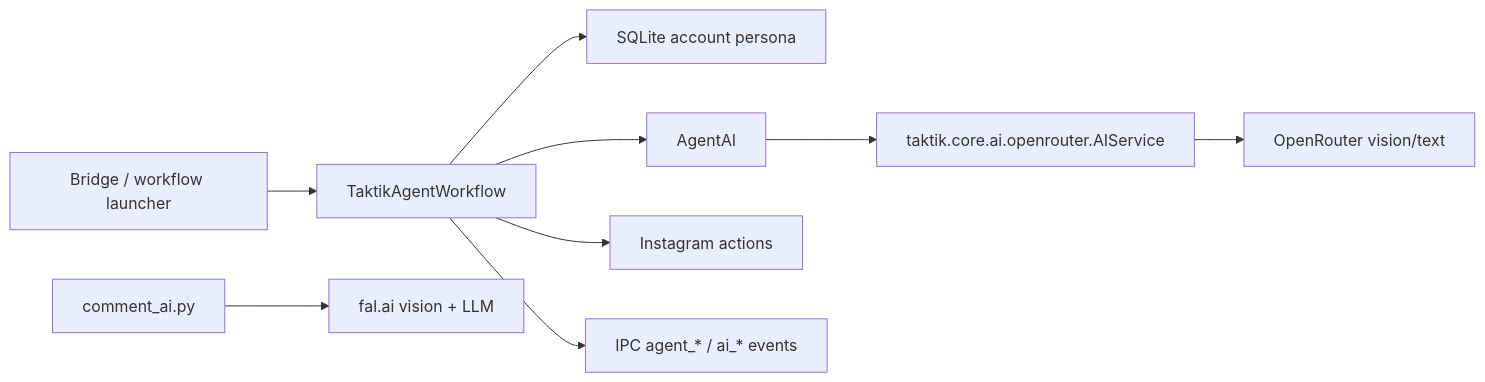
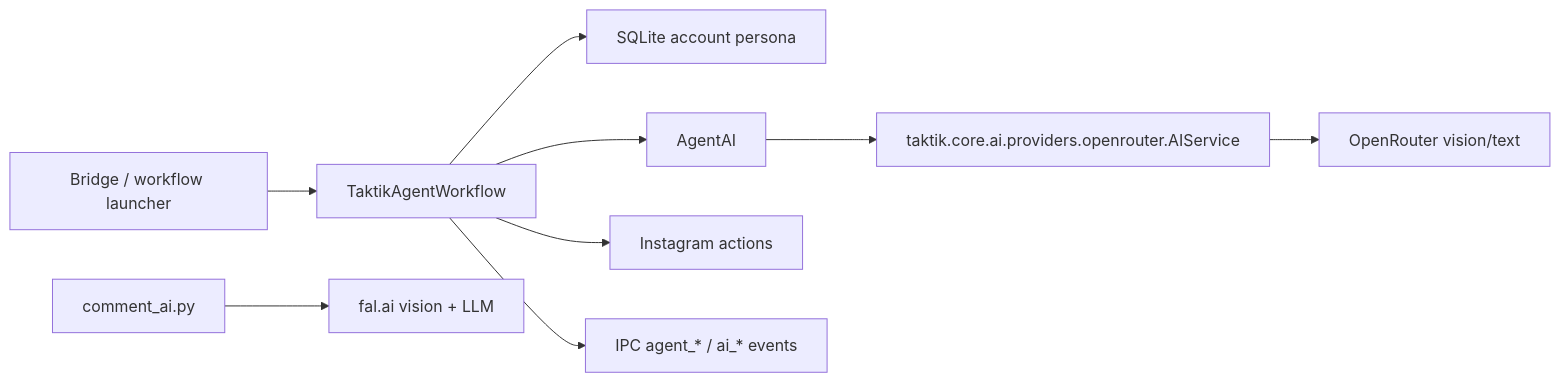
The first of 3 diagrams in docs/core/agent-ai.md (masterFuf/taktik-bot), drawn with Mermaid before and after one commit. The commit also changed other lines of this file and 16 other files, not shown here.

````diff
--- a/docs/core/agent-ai.md
+++ b/docs/core/agent-ai.md
@@ -20,11 +20,11 @@
 ```mermaid
 flowchart LR
     Bridge[Bridge / workflow launcher] --> Agent[TaktikAgentWorkflow]
     Agent --> Persona[SQLite account persona]
     Agent --> AI[AgentAI]
-    AI --> Service[taktik.core.ai.openrouter.AIService]
+    AI --> Service[taktik.core.ai.providers.openrouter.AIService]
     Service --> OpenRouter[OpenRouter vision/text]
     Agent --> IG[Instagram actions]
     Agent --> IPC[IPC agent_* / ai_* events]
     CommentAI[comment_ai.py] --> Fal[fal.ai vision + LLM]
 ```
````
